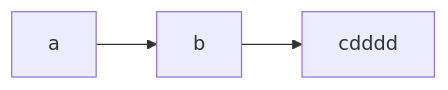
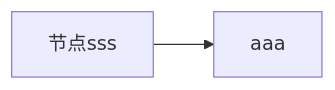
The diagram in gmaps/000gant.md (jianghongzhe/gmap-ui), drawn with Mermaid before and after one commit. The commit also changed other lines of this file and 4 other files, not shown here.

Commit message:
feat: 流程图功能，内部使用mermaid实现

````diff
--- a/gmaps/000gant.md
+++ b/gmaps/000gant.md
@@ -9,4 +11,4 @@
-<div class="mermaid">
+```mermaid
 graph LR
-	a --> b --> cdddd
-</div>
+节点sss --> aaa
+```
````
